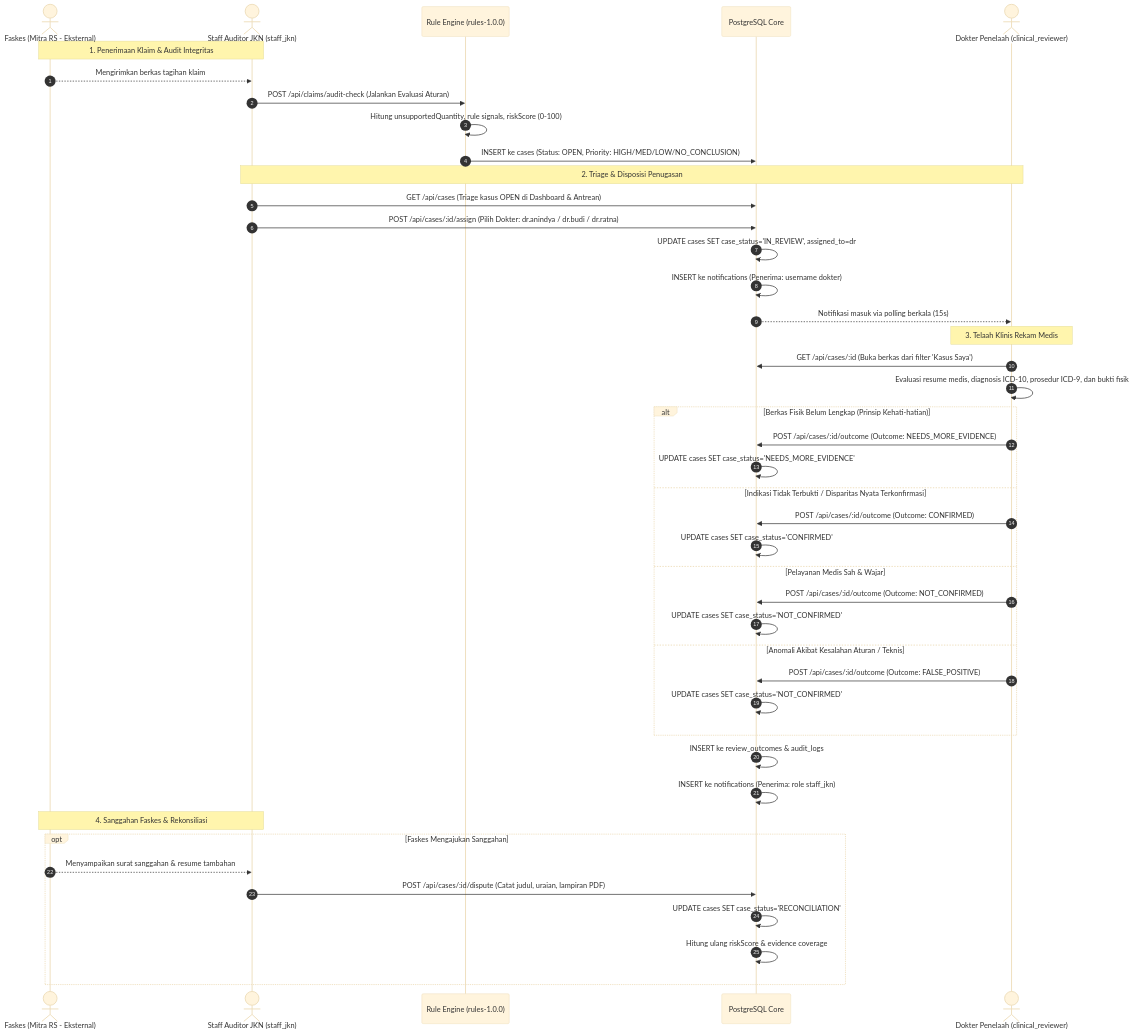
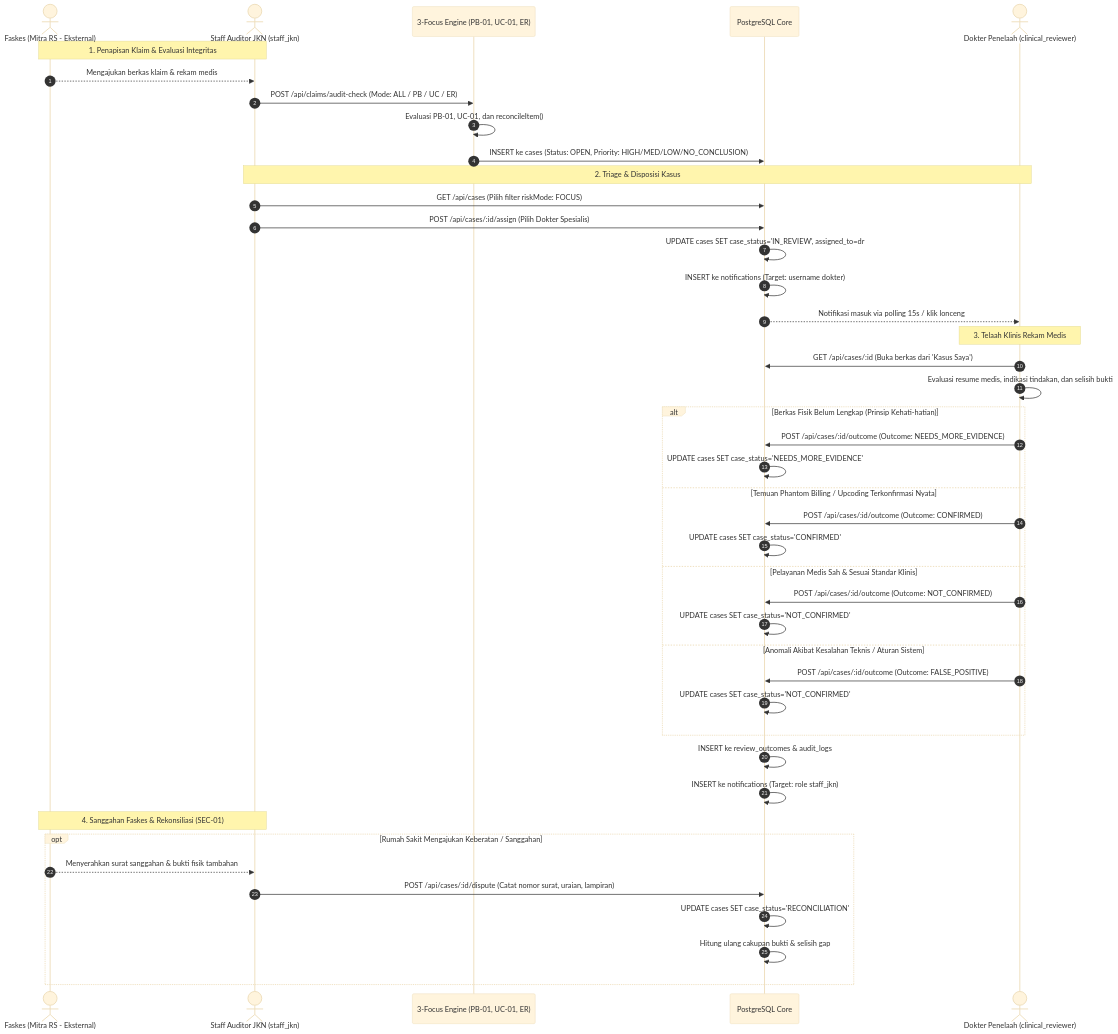
The second of 2 diagrams in docs/PROSES_BISNIS_BPMN_MEDCAREJKN.md (akhzaozy/medcarejkn), drawn with Mermaid (base theme) before and after one commit. The commit also changed other lines of this file and 56 other files, not shown here.

Commit message:
feat: finalize MedCareJKN three-focus audit workflows

````diff
--- a/docs/PROSES_BISNIS_BPMN_MEDCAREJKN.md
+++ b/docs/PROSES_BISNIS_BPMN_MEDCAREJKN.md
@@ -58,49 +61,49 @@
 ```mermaid
 sequenceDiagram
     autonumber
     actor F as Faskes (Mitra RS - Eksternal)
     actor S as Staff Auditor JKN (staff_jkn)
-    participant E as Rule Engine (rules-1.0.0)
+    participant E as 3-Focus Engine (PB-01, UC-01, ER)
     participant DB as PostgreSQL Core
     actor D as Dokter Penelaah (clinical_reviewer)
 
-    Note over F,S: 1. Penerimaan Klaim & Audit Integritas
-    F-->>S: Mengirimkan berkas tagihan klaim
-    S->>E: POST /api/claims/audit-check (Jalankan Evaluasi Aturan)
-    E->>E: Hitung unsupportedQuantity, rule signals, riskScore (0-100)
+    Note over F,S: 1. Penapisan Klaim & Evaluasi Integritas
+    F-->>S: Mengajukan berkas klaim & rekam medis
+    S->>E: POST /api/claims/audit-check (Mode: ALL / PB / UC / ER)
+    E->>E: Evaluasi PB-01, UC-01, dan reconcileItem()
     E->>DB: INSERT ke cases (Status: OPEN, Priority: HIGH/MED/LOW/NO_CONCLUSION)
 
-    Note over S,D: 2. Triage & Disposisi Penugasan
-    S->>DB: GET /api/cases (Triage kasus OPEN di Dashboard & Antrean)
-    S->>DB: POST /api/cases/:id/assign (Pilih Dokter: dr.anindya / dr.budi / dr.ratna)
+    Note over S,D: 2. Triage & Disposisi Kasus
+    S->>DB: GET /api/cases (Pilih filter riskMode: FOCUS)
+    S->>DB: POST /api/cases/:id/assign (Pilih Dokter Spesialis)
     DB->>DB: UPDATE cases SET case_status='IN_REVIEW', assigned_to=dr
-    DB->>DB: INSERT ke notifications (Penerima: username dokter)
-    DB-->>D: Notifikasi masuk via polling berkala (15s)
+    DB->>DB: INSERT ke notifications (Target: username dokter)
+    DB-->>D: Notifikasi masuk via polling 15s / klik lonceng
 
     Note over D: 3. Telaah Klinis Rekam Medis
-    D->>DB: GET /api/cases/:id (Buka berkas dari filter 'Kasus Saya')
-    D->>D: Evaluasi resume medis, diagnosis ICD-10, prosedur ICD-9, dan bukti fisik
+    D->>DB: GET /api/cases/:id (Buka berkas dari 'Kasus Saya')
+    D->>D: Evaluasi resume medis, indikasi tindakan, dan selisih bukti
     alt Berkas Fisik Belum Lengkap (Prinsip Kehati-hatian)
         D->>DB: POST /api/cases/:id/outcome (Outcome: NEEDS_MORE_EVIDENCE)
         DB->>DB: UPDATE cases SET case_status='NEEDS_MORE_EVIDENCE'
-    else Indikasi Tidak Terbukti / Disparitas Nyata Terkonfirmasi
+    else Temuan Phantom Billing / Upcoding Terkonfirmasi Nyata
         D->>DB: POST /api/cases/:id/outcome (Outcome: CONFIRMED)
         DB->>DB: UPDATE cases SET case_status='CONFIRMED'
-    else Pelayanan Medis Sah & Wajar
+    else Pelayanan Medis Sah & Sesuai Standar Klinis
         D->>DB: POST /api/cases/:id/outcome (Outcome: NOT_CONFIRMED)
         DB->>DB: UPDATE cases SET case_status='NOT_CONFIRMED'
-    else Anomali Akibat Kesalahan Aturan / Teknis
+    else Anomali Akibat Kesalahan Teknis / Aturan Sistem
         D->>DB: POST /api/cases/:id/outcome (Outcome: FALSE_POSITIVE)
         DB->>DB: UPDATE cases SET case_status='NOT_CONFIRMED'
     end
     DB->>DB: INSERT ke review_outcomes & audit_logs
-    DB->>DB: INSERT ke notifications (Penerima: role staff_jkn)
+    DB->>DB: INSERT ke notifications (Target: role staff_jkn)
 
-    Note over S,F: 4. Sanggahan Faskes & Rekonsiliasi
-    opt Faskes Mengajukan Sanggahan
-        F-->>S: Menyampaikan surat sanggahan & resume tambahan
-        S->>DB: POST /api/cases/:id/dispute (Catat judul, uraian, lampiran PDF)
+    Note over S,F: 4. Sanggahan Faskes & Rekonsiliasi (SEC-01)
+    opt Rumah Sakit Mengajukan Keberatan / Sanggahan
+        F-->>S: Menyerahkan surat sanggahan & bukti fisik tambahan
+        S->>DB: POST /api/cases/:id/dispute (Catat nomor surat, uraian, lampiran)
         DB->>DB: UPDATE cases SET case_status='RECONCILIATION'
-        DB->>DB: Hitung ulang riskScore & evidence coverage
+        DB->>DB: Hitung ulang cakupan bukti & selisih gap
     end
 ```
````
